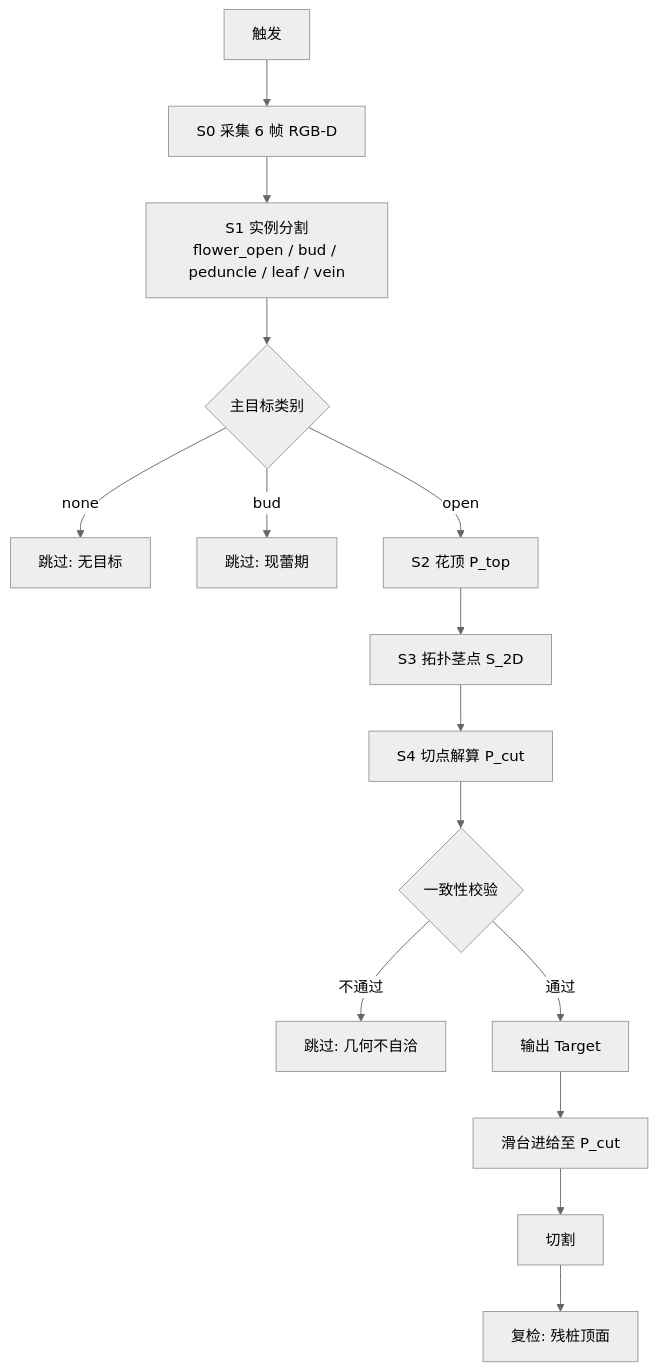
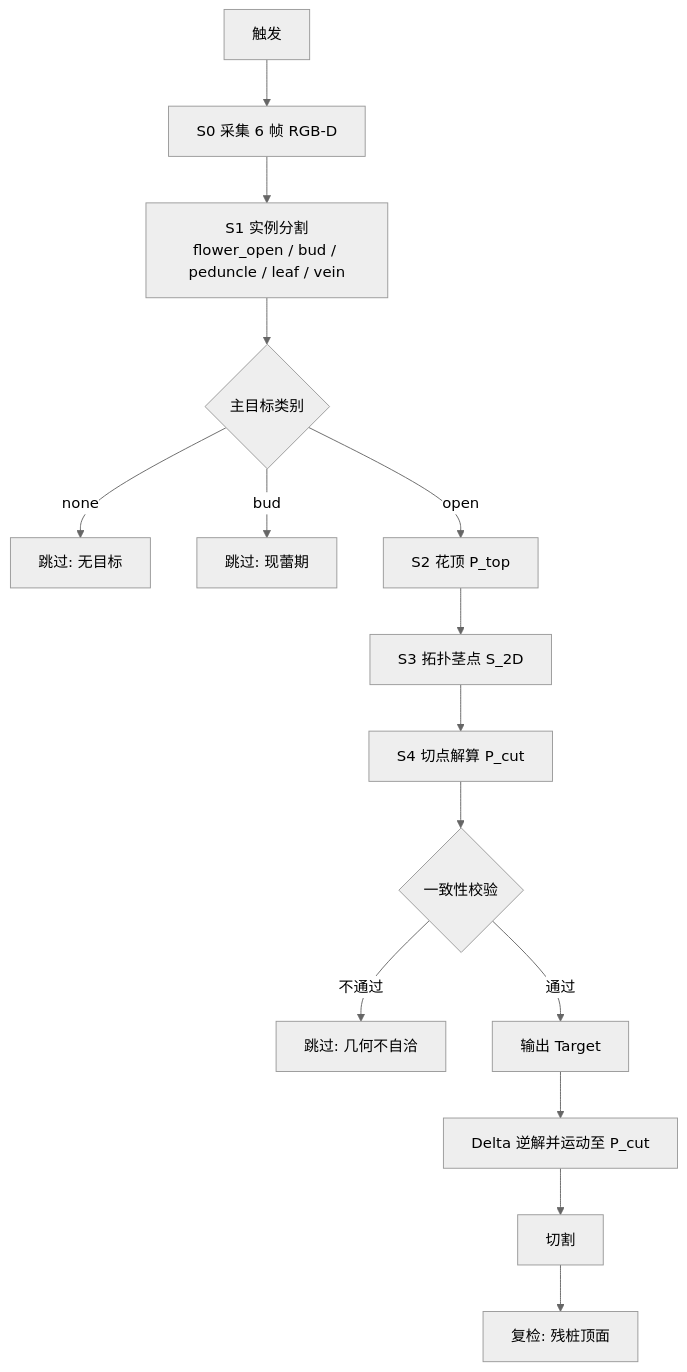
One commit to SunXingzhi/topping_machine changed the diagram in doc/vision_solution/vision_core_flow.md. Above: the diagram before and after it, drawn with Mermaid (neutral theme). The commit also changed other lines of this file and 90 other files, not shown here.

````diff
--- a/doc/vision_solution/vision_core_flow.md
+++ b/doc/vision_solution/vision_core_flow.md
@@ -33,17 +33,17 @@
 ```mermaid
 flowchart TD
     A[触发] --> B[S0 采集 6 帧 RGB-D]
     B --> C[S1 实例分割<br/>flower_open / bud / peduncle / leaf / vein]
     C --> D{主目标类别}
     D -->|none| X1[跳过: 无目标]
     D -->|bud| X2[跳过: 现蕾期]
     D -->|open| E[S2 花顶 P_top]
     E --> F[S3 拓扑茎点 S_2D]
     F --> G[S4 切点解算 P_cut]
     G --> H{一致性校验}
     H -->|不通过| X3[跳过: 几何不自洽]
     H -->|通过| I[输出 Target]
-    I --> J[滑台进给至 P_cut]
+    I --> J[Delta 逆解并运动至 P_cut]
     J --> K[切割]
     K --> L[复检: 残桩顶面]
 ```
````
